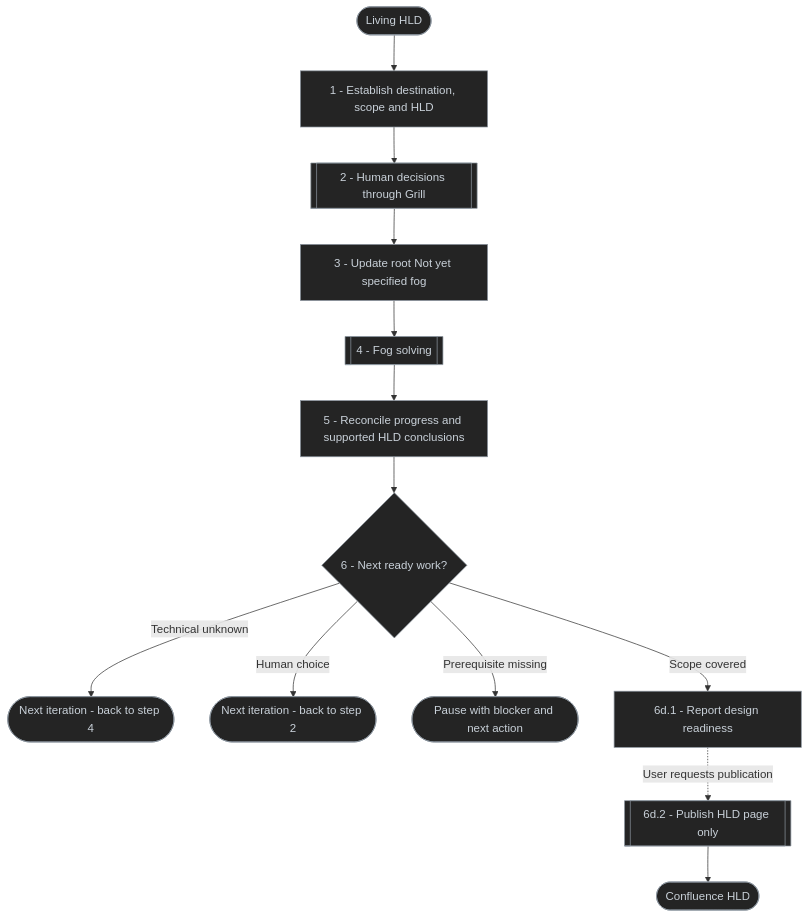
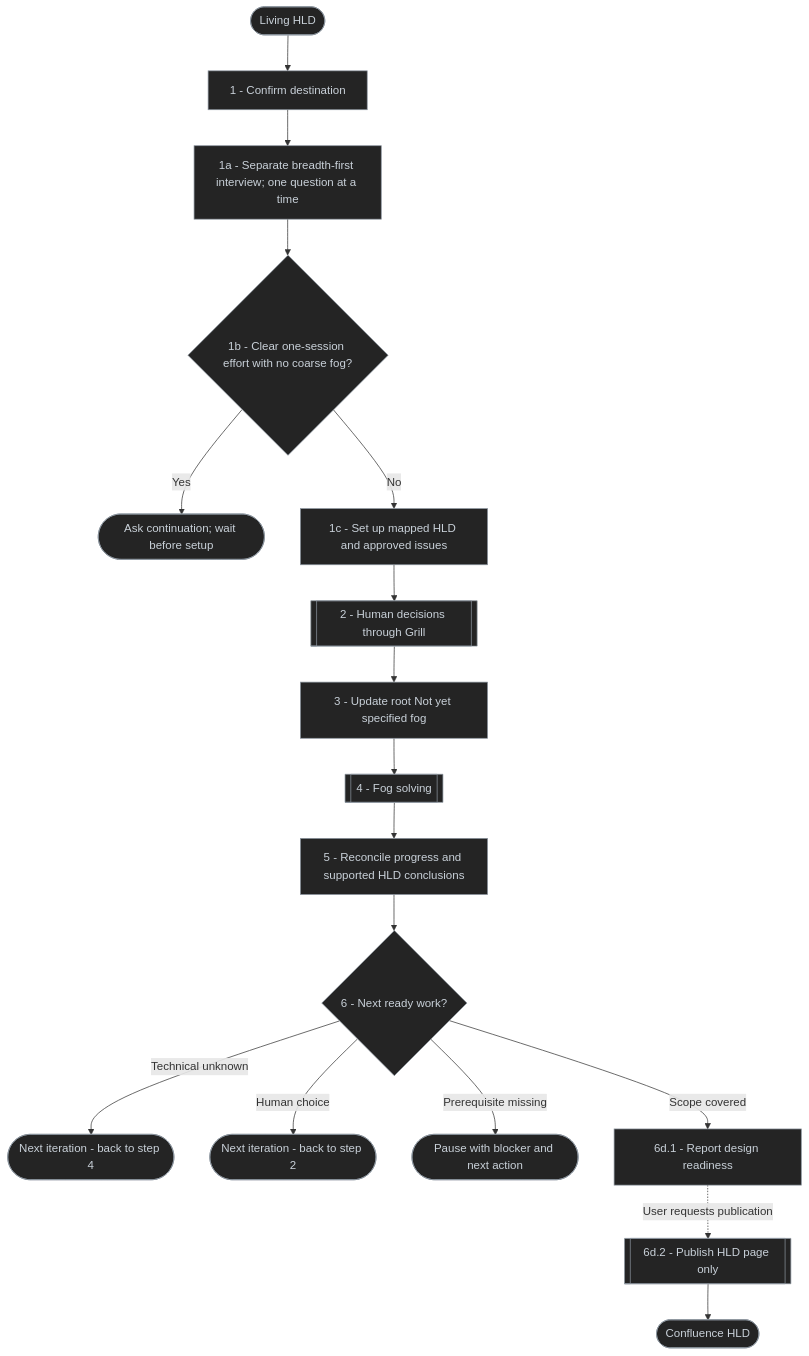
Before and after one commit to antshc/brain: the third of 5 diagrams in plugins/wf/skills/design/README.md, drawn with Mermaid. The commit also changed other lines of this file and 16 other files, not shown here.

````diff
--- a/plugins/wf/skills/design/README.md
+++ b/plugins/wf/skills/design/README.md
@@ -63,27 +63,33 @@
 ```mermaid
 %% diagram-id: design-wayfinder-to-confluence-flow
 flowchart TD
     start(["Living HLD"])
-    setup["1 - Establish destination, scope and HLD"]
+    setup["1 - Confirm destination"]
+    breadth["1a - Separate breadth-first interview; one question at a time"]
+    small{"1b - Clear one-session effort with no coarse fog?"}
+    handoff(["Ask continuation; wait before setup"])
+    mapped["1c - Set up mapped HLD and approved issues"]
     grill[["2 - Human decisions through Grill"]]
     fog["3 - Update root Not yet specified fog"]
     helpers[["4 - Fog solving"]]
     sync["5 - Reconcile progress and supported HLD conclusions"]
     next{"6 - Next ready work?"}
     technical(["Next iteration - back to step 4"])
     human(["Next iteration - back to step 2"])
     blocked(["Pause with blocker and next action"])
     ready["6d.1 - Report design readiness"]
     publish[["6d.2 - Publish HLD page only"]]
     finish(["Confluence HLD"])
 
-    start --> setup --> grill --> fog --> helpers --> sync --> next
+    start --> setup --> breadth --> small
+    small -- "Yes" --> handoff
+    small -- "No" --> mapped --> grill --> fog --> helpers --> sync --> next
     next -- "Technical unknown" --> technical
     next -- "Human choice" --> human
     next -- "Prerequisite missing" --> blocked
     next -- "Scope covered" --> ready
     ready -. "User requests publication" .-> publish
     publish --> finish
 
     classDef default fill:#242424,stroke:#8b949e,color:#c9d1d9,stroke-width:1px
 ```
````
